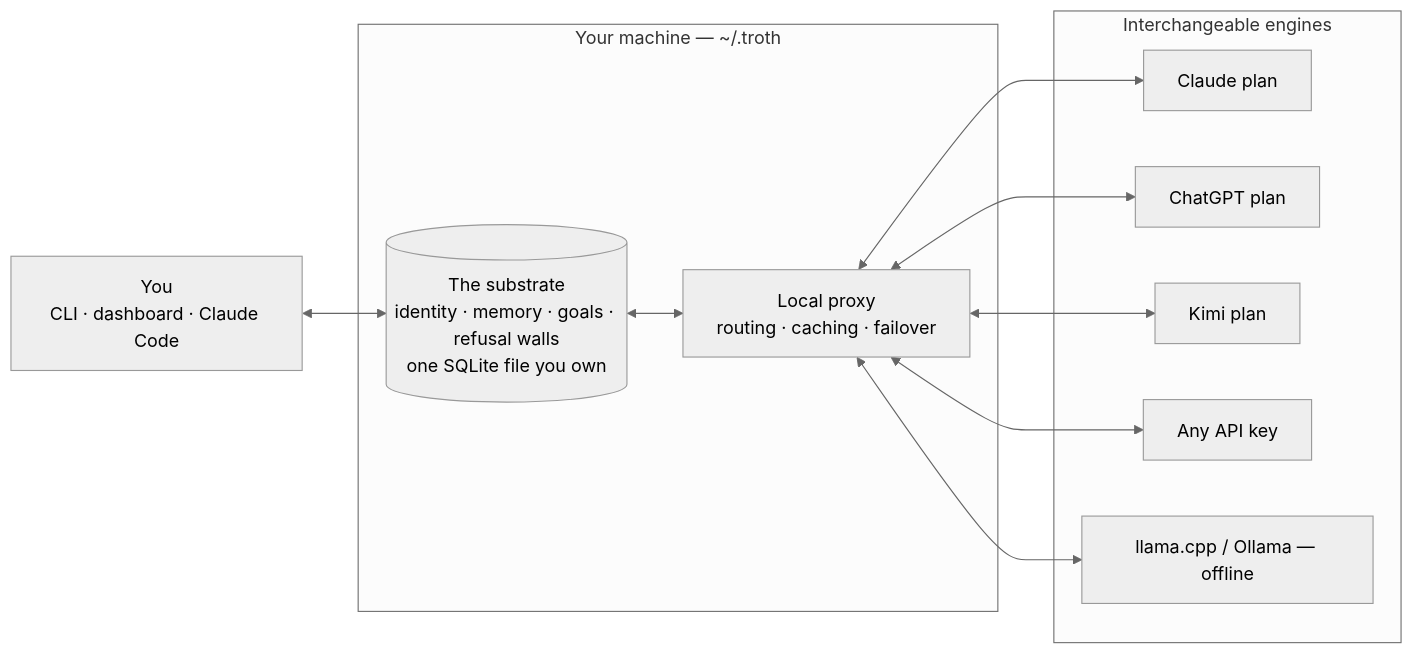
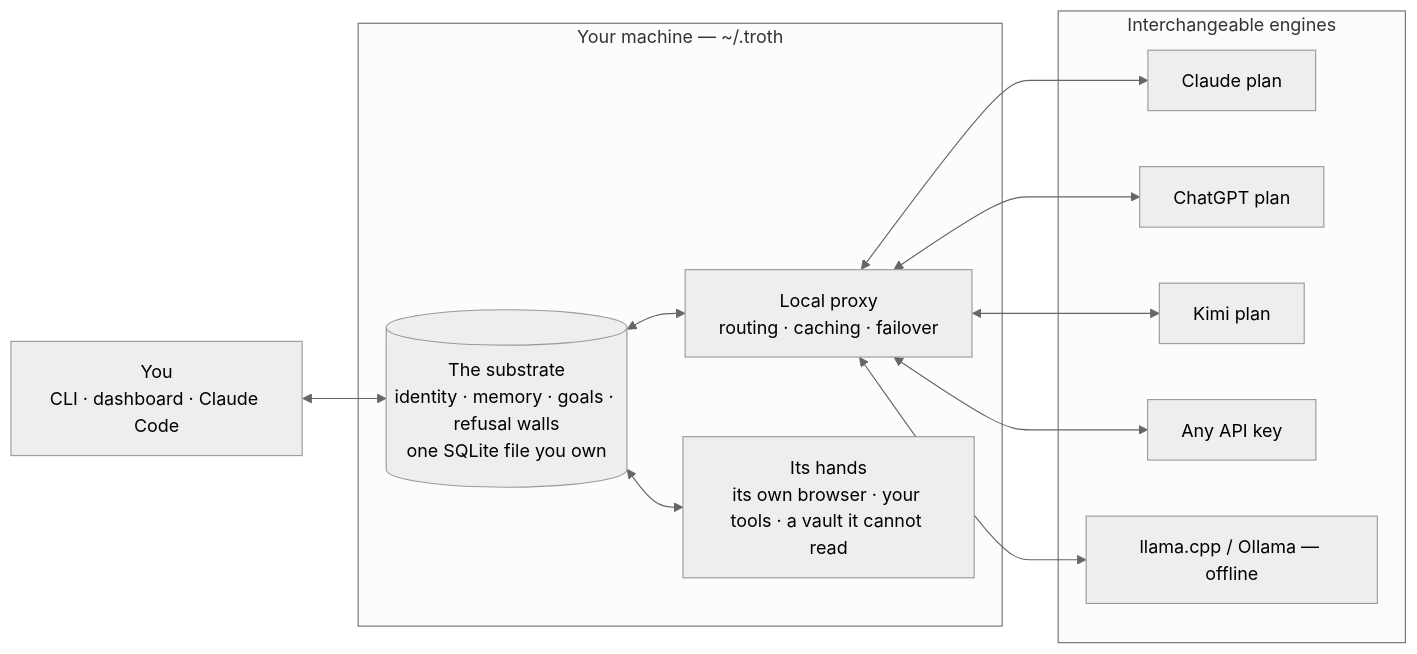
The diagram in README.md (xgre1/troth), drawn with Mermaid (neutral theme) before and after one commit. The commit also changed other lines of this file, not shown here.

Commit message:
readme: hands section

````diff
--- a/README.md
+++ b/README.md
@@ -124,22 +124,24 @@
 ```mermaid
 flowchart LR
     O["You<br/>CLI · dashboard · Claude Code"]
     subgraph M["Your machine — ~/.troth"]
         S[("The substrate<br/>identity · memory · goals · refusal walls<br/>one SQLite file you own")]
         P["Local proxy<br/>routing · caching · failover"]
+        H["Its hands<br/>its own browser · your tools · a vault it cannot read"]
     end
     subgraph E["Interchangeable engines"]
         C["Claude plan"]
         G["ChatGPT plan"]
         K["Kimi plan"]
         A["Any API key"]
         L["llama.cpp / Ollama — offline"]
     end
     O <--> S
     S <--> P
+    S <--> H
     P <--> C
     P <--> G
     P <--> K
     P <--> A
     P <--> L
 ```
````
